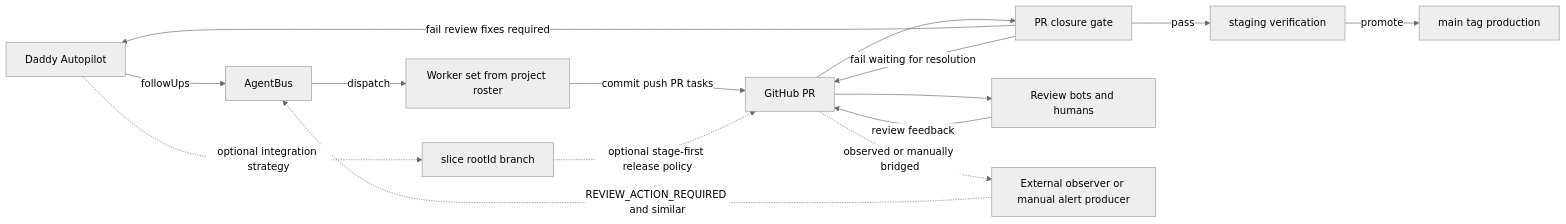
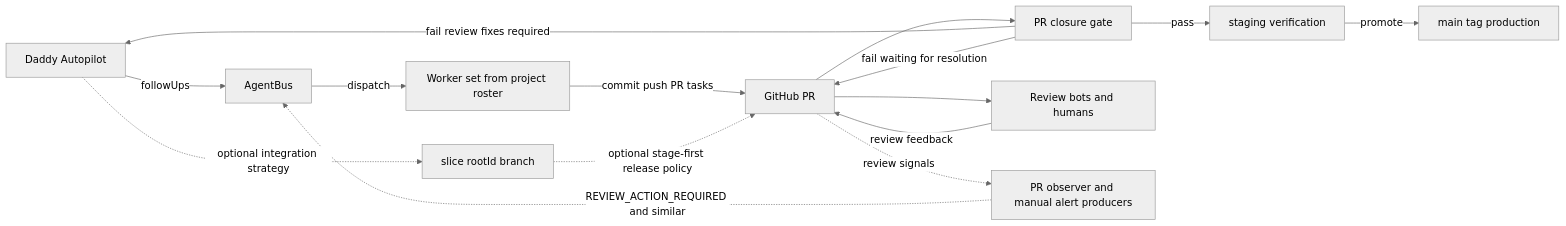
The fourth of 4 diagrams in docs/agentic/WORKFLOW_VISUALS.md (future3OOO/agentic-cockpit), drawn with Mermaid (neutral theme) before and after one commit. The commit also changed other lines of this file and 6 other files, not shown here.

Commit message:
cockpit: auto-start PR observer and route review feedback

````diff
--- a/docs/agentic/WORKFLOW_VISUALS.md
+++ b/docs/agentic/WORKFLOW_VISUALS.md
@@ -93,20 +102,20 @@
 ```mermaid
 flowchart LR
   AP["Daddy Autopilot"] -->|followUps| Bus["AgentBus"]
   Bus -->|dispatch| W["Worker set from project roster"]
   W -->|commit push PR tasks| GH["GitHub PR"]
   GH --> Gate["PR closure gate"]
 
   GH --> RB["Review bots and humans"]
   RB -->|review feedback| GH
   Gate -->|pass| Stage["staging verification"]
   Stage -->|promote| Prod["main tag production"]
   Gate -->|fail review fixes required| AP
   Gate -->|fail waiting for resolution| GH
 
-  GH -. observed or manually bridged .-> OBS["External observer or manual alert producer"]
+  GH -. review signals .-> OBS["PR observer and manual alert producers"]
   OBS -. REVIEW_ACTION_REQUIRED and similar .-> Bus
 
   AP -. optional integration strategy .-> Slice["slice rootId branch"]
   Slice -. optional stage-first release policy .-> GH
 ```
````
